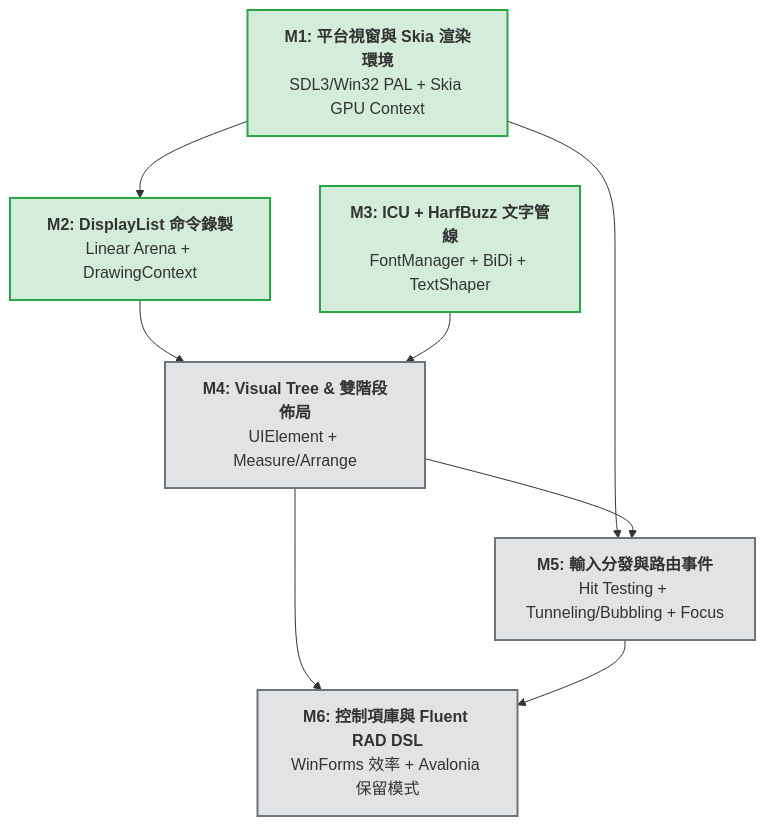
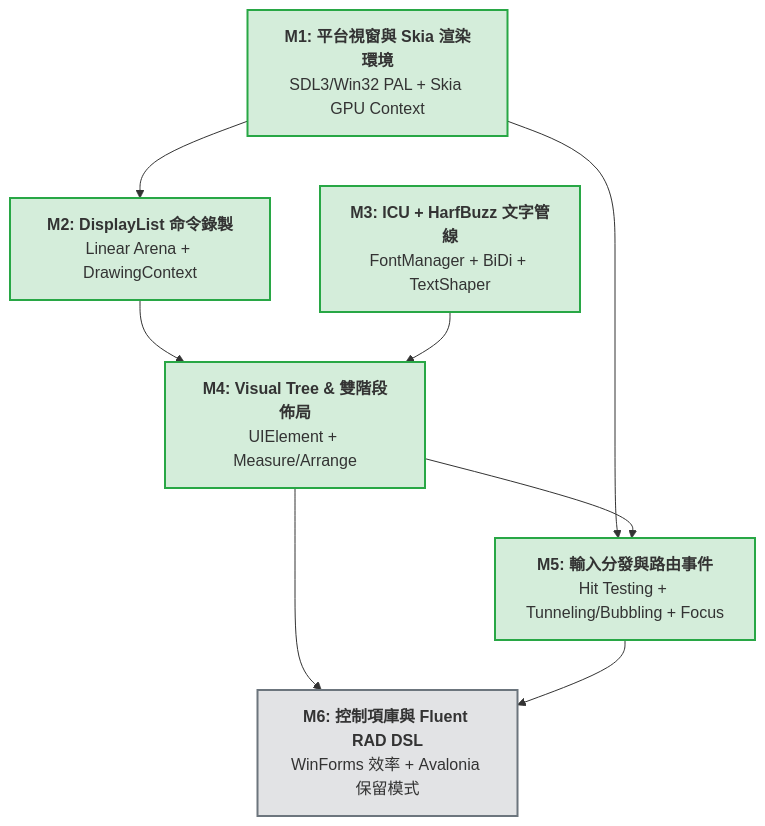
Before and after one commit to willy050209/CPP-UI: the diagram in docs/roadmap/target_map.md, drawn with Mermaid. The commit also changed other lines of this file and 16 other files, not shown here.

Commit message:
docs(api): update API documentation for M5 routed events, CoordinateTransform, and roadmap

````diff
--- a/docs/roadmap/target_map.md
+++ b/docs/roadmap/target_map.md
@@ -9,22 +9,22 @@
 ```mermaid
 graph TD
     M1["<b>M1: 平台視窗與 Skia 渲染環境</b><br/>SDL3/Win32 PAL + Skia GPU Context"]
     M2["<b>M2: DisplayList 命令錄製</b><br/>Linear Arena + DrawingContext"]
     M3["<b>M3: ICU + HarfBuzz 文字管線</b><br/>FontManager + BiDi + TextShaper"]
     M4["<b>M4: Visual Tree & 雙階段佈局</b><br/>UIElement + Measure/Arrange"]
     M5["<b>M5: 輸入分發與路由事件</b><br/>Hit Testing + Tunneling/Bubbling + Focus"]
     M6["<b>M6: 控制項庫與 Fluent RAD DSL</b><br/>WinForms 效率 + Avalonia 保留模式"]
 
     M1 --> M2
     M1 --> M5
     M2 --> M4
     M3 --> M4
     M4 --> M5
     M4 --> M6
     M5 --> M6
 
     classDef done fill:#d4edda,stroke:#28a745,stroke-width:2px;
     classDef planned fill:#e2e3e5,stroke:#6c757d,stroke-width:2px;
-    class M1,M2,M3 done;
-    class M4,M5,M6 planned;
+    class M1,M2,M3,M4,M5 done;
+    class M6 planned;
 ```
````
